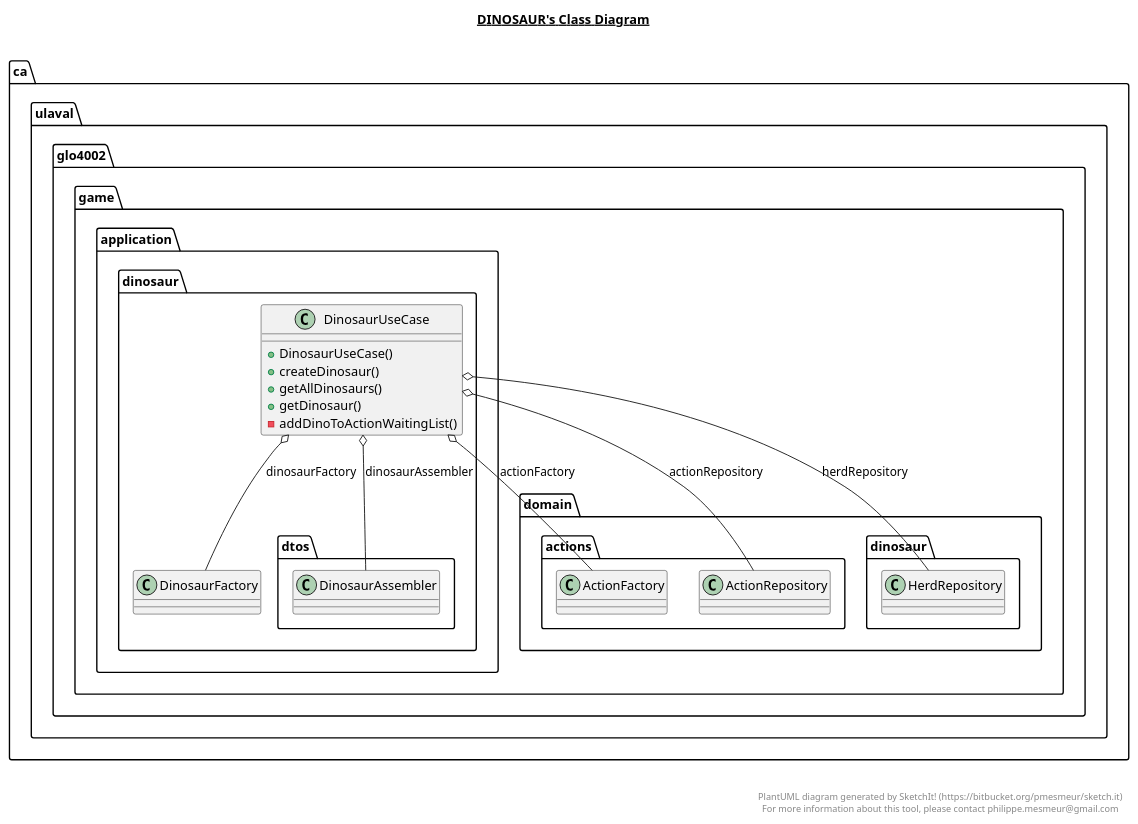
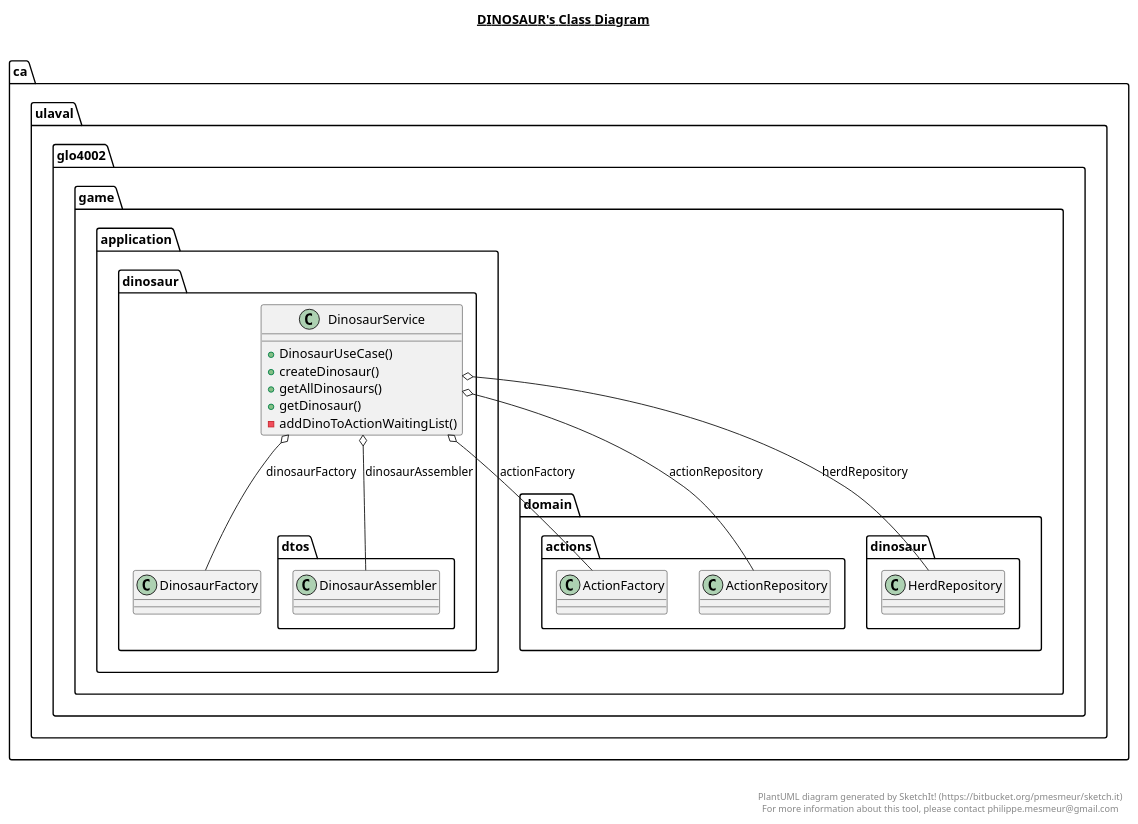
Before and after one commit to MALEC321/MEP7: the diagram in game-api/src/main/java/ca/ulaval/glo4002/game/application/dinosaur/dinosaur.plantuml, drawn with PlantUML. The commit also changed 21 other files, not shown here.

```diff
--- a/game-api/src/main/java/ca/ulaval/glo4002/game/application/dinosaur/dinosaur.plantuml
+++ b/game-api/src/main/java/ca/ulaval/glo4002/game/application/dinosaur/dinosaur.plantuml
@@ -1,31 +1,31 @@
 @startuml
 
 title __DINOSAUR's Class Diagram__\n
 
     namespace ca.ulaval.glo4002.game {
       namespace application.dinosaur {
-        class ca.ulaval.glo4002.game.application.dinosaur.DinosaurUseCase {
+        class ca.ulaval.glo4002.game.application.dinosaur.DinosaurService {
             + DinosaurUseCase()
             + createDinosaur()
             + getAllDinosaurs()
             + getDinosaur()
             - addDinoToActionWaitingList()
         }
       }
     }
 
-  ca.ulaval.glo4002.game.application.dinosaur.DinosaurUseCase o-- ca.ulaval.glo4002.game.domain.actions.ActionFactory : actionFactory
-  ca.ulaval.glo4002.game.application.dinosaur.DinosaurUseCase o-- ca.ulaval.glo4002.game.domain.actions.ActionRepository : actionRepository
-  ca.ulaval.glo4002.game.application.dinosaur.DinosaurUseCase o-- ca.ulaval.glo4002.game.application.dinosaur.dtos.DinosaurAssembler : dinosaurAssembler
-  ca.ulaval.glo4002.game.application.dinosaur.DinosaurUseCase o-- ca.ulaval.glo4002.game.application.dinosaur.DinosaurFactory : dinosaurFactory
-  ca.ulaval.glo4002.game.application.dinosaur.DinosaurUseCase o-- ca.ulaval.glo4002.game.domain.dinosaur.HerdRepository : herdRepository
+  ca.ulaval.glo4002.game.application.dinosaur.DinosaurService o-- ca.ulaval.glo4002.game.domain.actions.ActionFactory : actionFactory
+  ca.ulaval.glo4002.game.application.dinosaur.DinosaurService o-- ca.ulaval.glo4002.game.domain.actions.ActionRepository : actionRepository
+  ca.ulaval.glo4002.game.application.dinosaur.DinosaurService o-- ca.ulaval.glo4002.game.application.dinosaur.dtos.DinosaurAssembler : dinosaurAssembler
+  ca.ulaval.glo4002.game.application.dinosaur.DinosaurService o-- ca.ulaval.glo4002.game.application.dinosaur.DinosaurFactory : dinosaurFactory
+  ca.ulaval.glo4002.game.application.dinosaur.DinosaurService o-- ca.ulaval.glo4002.game.domain.dinosaur.HerdRepository : herdRepository
 
 
 right footer
 
 
 PlantUML diagram generated by SketchIt! (https://bitbucket.org/pmesmeur/sketch.it)
 For more information about this tool, please contact philippe.mesmeur@gmail.com
 endfooter
 
 @enduml
```
